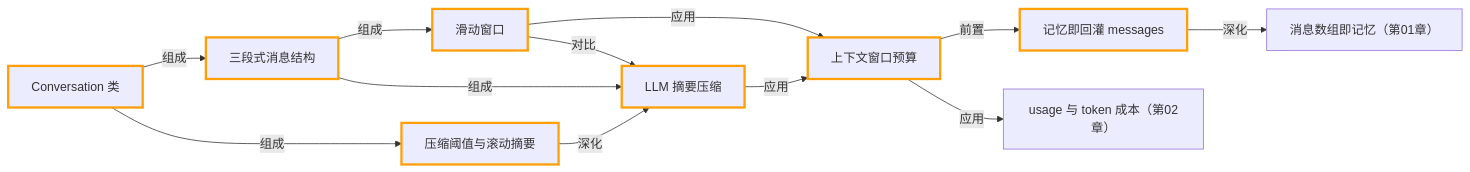
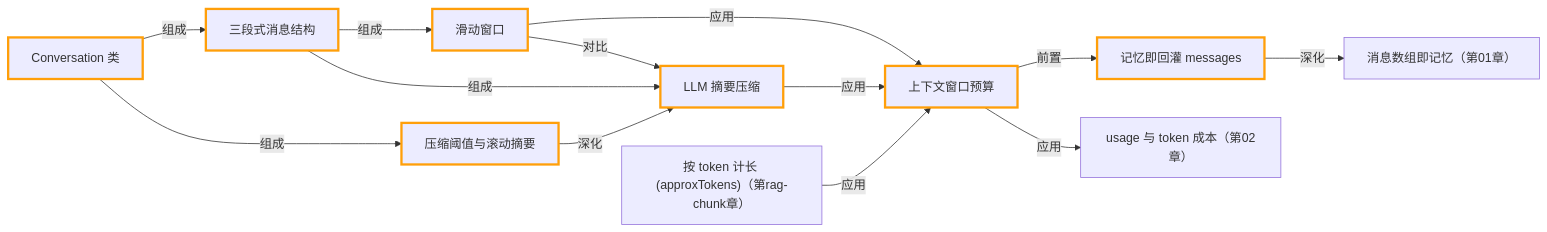
Before and after one commit to songuu/agent: the second of 2 diagrams in lessons/07-short-term-memory/README.md, drawn with Mermaid. The commit also changed other lines of this file and 67 other files, not shown here.

````diff
--- a/lessons/07-short-term-memory/README.md
+++ b/lessons/07-short-term-memory/README.md
@@ -236,30 +237,32 @@
 ```mermaid
 graph LR
   n_c07_conversation_as_array["记忆即回灌 messages"]
   n_c07_context_window_budget["上下文窗口预算"]
   n_c07_sliding_window["滑动窗口"]
   n_c07_llm_summary_compression["LLM 摘要压缩"]
   n_c07_message_layout["三段式消息结构"]
   n_c07_summarize_threshold["压缩阈值与滚动摘要"]
   n_c07_conversation_class["Conversation 类"]
   n_c01_message_memory["消息数组即记忆（第01章）"]
   n_c02_usage_token["usage 与 token 成本（第02章）"]
+  n_cragchunk_token_budget["按 token 计长 (approxTokens)（第rag-chunk章）"]
   n_c07_context_window_budget -->|前置| n_c07_conversation_as_array
   n_c07_sliding_window -->|应用| n_c07_context_window_budget
   n_c07_llm_summary_compression -->|应用| n_c07_context_window_budget
   n_c07_sliding_window -->|对比| n_c07_llm_summary_compression
   n_c07_message_layout -->|组成| n_c07_sliding_window
   n_c07_message_layout -->|组成| n_c07_llm_summary_compression
   n_c07_summarize_threshold -->|深化| n_c07_llm_summary_compression
   n_c07_conversation_class -->|组成| n_c07_message_layout
   n_c07_conversation_class -->|组成| n_c07_summarize_threshold
   n_c07_conversation_as_array -->|深化| n_c01_message_memory
   n_c07_context_window_budget -->|应用| n_c02_usage_token
+  n_cragchunk_token_budget -->|应用| n_c07_context_window_budget
   style n_c07_conversation_as_array stroke:#ff9f0a,stroke-width:3px
   style n_c07_context_window_budget stroke:#ff9f0a,stroke-width:3px
   style n_c07_sliding_window stroke:#ff9f0a,stroke-width:3px
   style n_c07_llm_summary_compression stroke:#ff9f0a,stroke-width:3px
   style n_c07_message_layout stroke:#ff9f0a,stroke-width:3px
   style n_c07_summarize_threshold stroke:#ff9f0a,stroke-width:3px
   style n_c07_conversation_class stroke:#ff9f0a,stroke-width:3px
 ```
````
